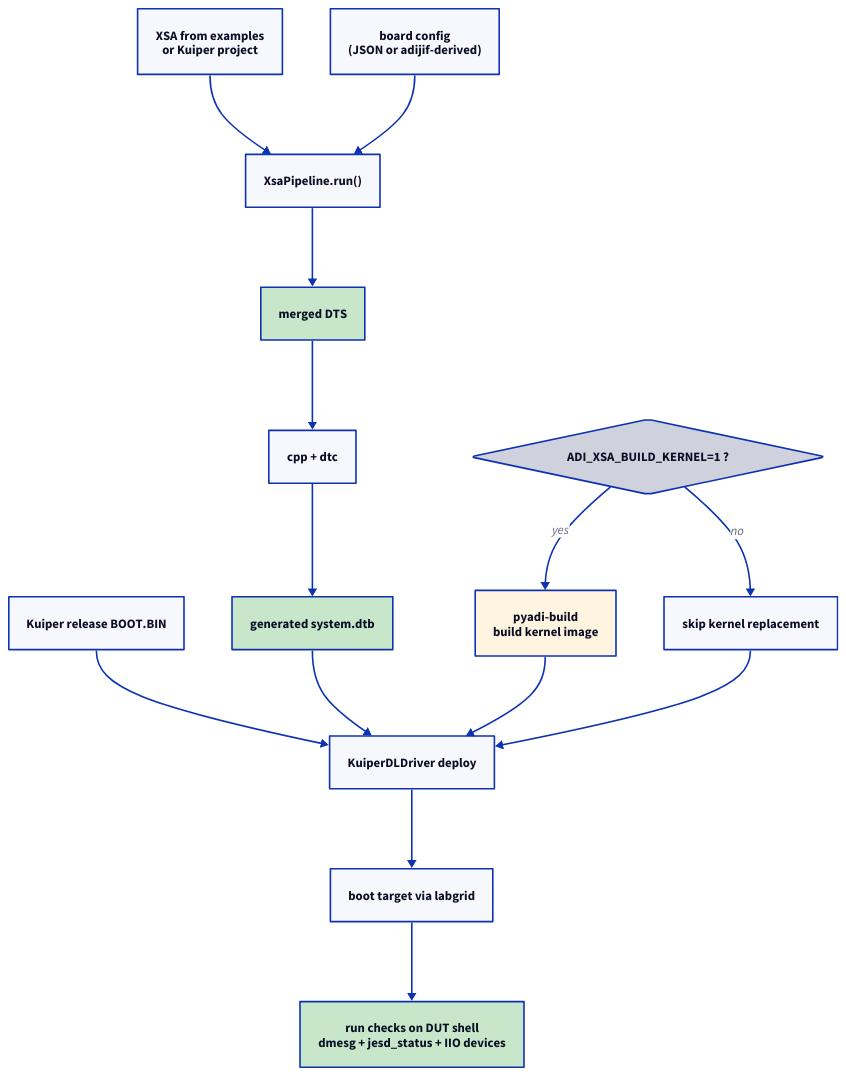
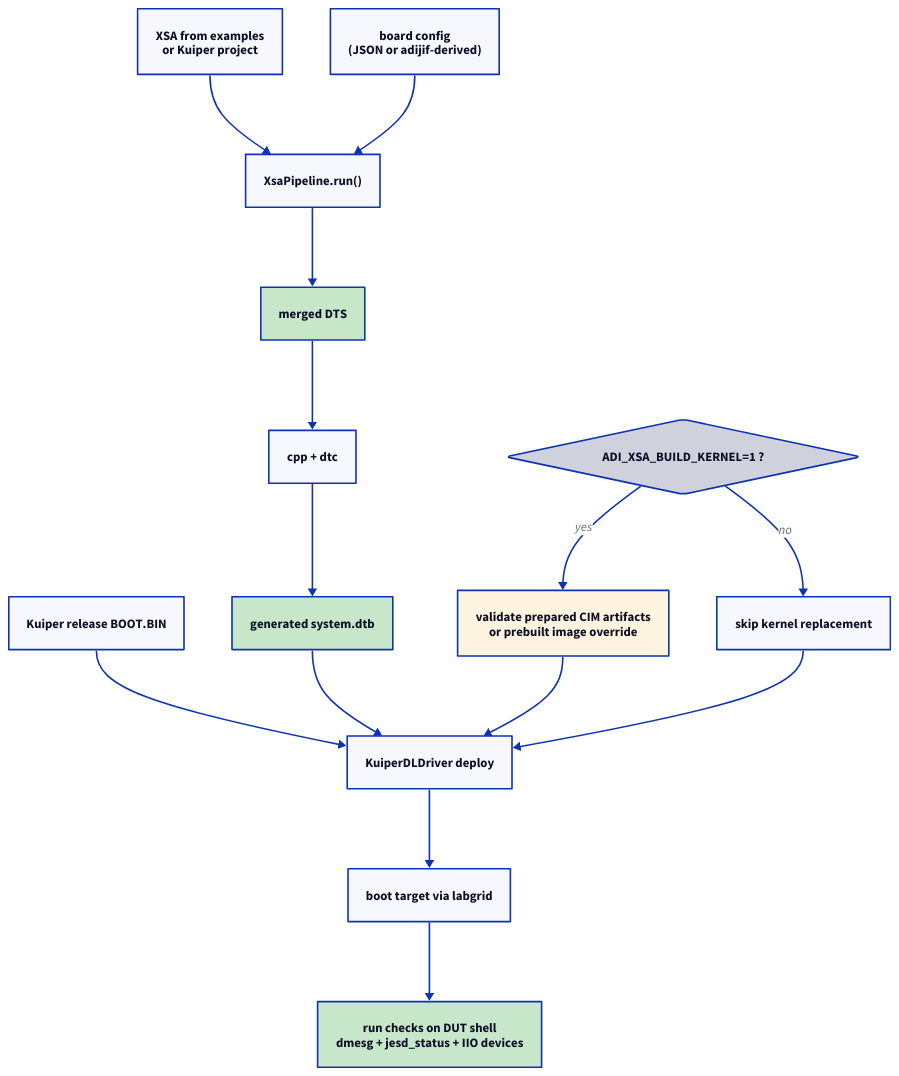
Before and after one commit to analogdevicesinc/pyadi-dt: the diagram in doc/source/_diagrams/d2/xsa_hw_test.d2, drawn with D2. The commit also changed 18 other files, not shown here.

Commit message:
feat: prepare pinned CIM kernel artifacts before hardware acquisition

```diff
--- a/doc/source/_diagrams/d2/xsa_hw_test.d2
+++ b/doc/source/_diagrams/d2/xsa_hw_test.d2
@@ -1,63 +1,63 @@
 direction: down
 
 KREL: "Kuiper release BOOT.BIN" {
   class: sw-document
 }
 XSA2: "XSA from examples\nor Kuiper project" {
   class: sw-document
 }
 CFG2: "board config\n(JSON or adijif-derived)" {
   class: sw-config
 }
 
 PIPE: XsaPipeline.run() {
   class: sw-pipeline
 }
 MDTS: merged DTS {
   class: sw-document
   style.fill: "#c8e6c9"
 }
 COMPILE: cpp + dtc {
   class: sw-tool
 }
 MDTB: generated system.dtb {
   class: sw-document
   style.fill: "#c8e6c9"
 }
 
 PYB: "ADI_XSA_BUILD_KERNEL=1 ?" {
   shape: diamond
   class: sw-step-amber
 }
-PBUILD: "pyadi-build\nbuild kernel image" {
+PBUILD: "validate prepared CIM artifacts\nor prebuilt image override" {
   class: sw-action
   style.fill: "#fff4e0"
 }
 SKIP: skip kernel replacement {
   class: sw-step-white
 }
 
 DEPLOY: KuiperDLDriver deploy {
   class: sw-action
 }
 BOOT: boot target via labgrid {
   class: sw-terminal
 }
 CHECK: "run checks on DUT shell\ndmesg + jesd_status + IIO devices" {
   class: sw-eval
   style.fill: "#c8e6c9"
 }
 
 XSA2 -> PIPE
 CFG2 -> PIPE
 PIPE -> MDTS
 MDTS -> COMPILE
 COMPILE -> MDTB
 PYB -> PBUILD: yes
 PYB -> SKIP: no
 KREL -> DEPLOY
 PBUILD -> DEPLOY
 MDTB -> DEPLOY
 SKIP -> DEPLOY
 DEPLOY -> BOOT
 BOOT -> CHECK
```
